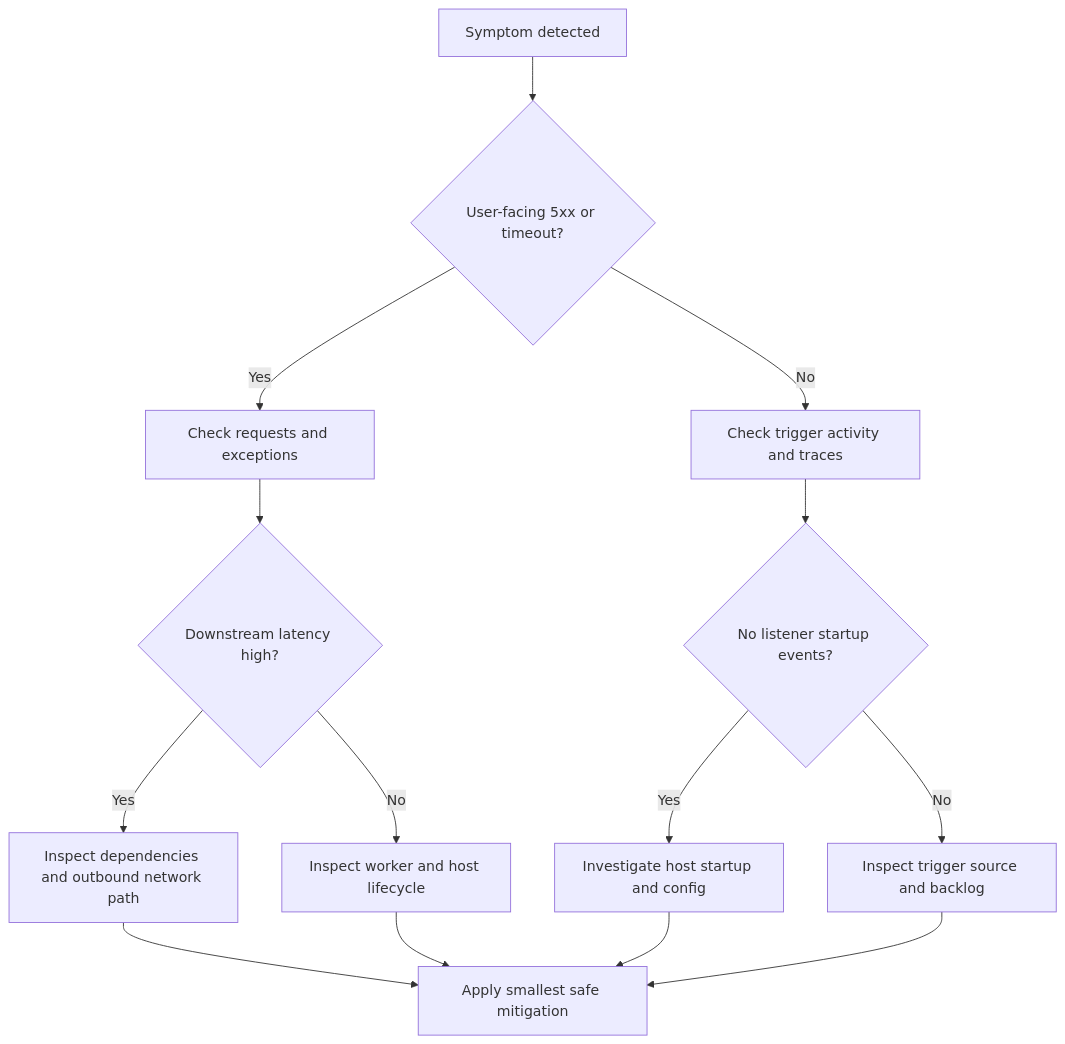
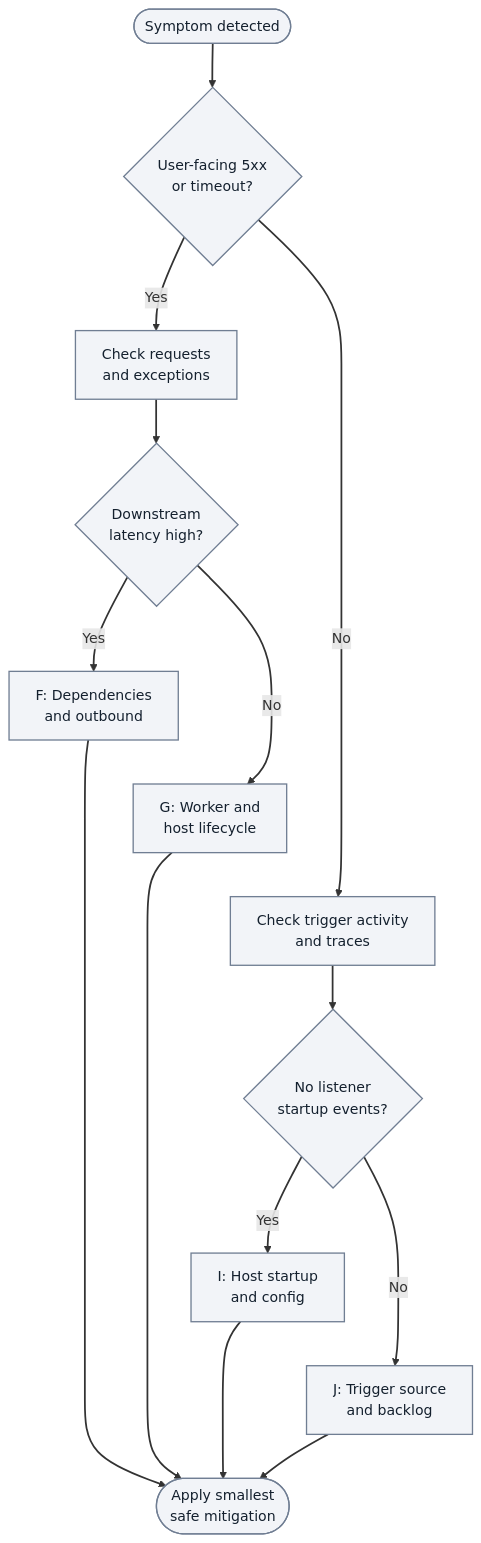
Before and after one commit to yeongseon/azure-functions-practical-guide: the sixth of 6 diagrams in docs/troubleshooting/request-flow-for-incident-response.md, drawn with Mermaid. The commit also changed other lines of this file and 1 other file, not shown here.

First line of the commit message:
docs(diagrams): improve incident-response flows and record storage-map blocker (#457)

````diff
--- a/docs/troubleshooting/request-flow-for-incident-response.md
+++ b/docs/troubleshooting/request-flow-for-incident-response.md
@@ -321,16 +383,26 @@
 ```mermaid
 flowchart TD
-    A[Symptom detected] --> B{User-facing 5xx or timeout?}
-    B -->|Yes| C[Check requests and exceptions]
-    B -->|No| D[Check trigger activity and traces]
-    C --> E{Downstream latency high?}
-    E -->|Yes| F[Inspect dependencies and outbound network path]
-    E -->|No| G[Inspect worker and host lifecycle]
-    D --> H{No listener startup events?}
-    H -->|Yes| I[Investigate host startup and config]
-    H -->|No| J[Inspect trigger source and backlog]
-    F --> K[Apply smallest safe mitigation]
+    accTitle: Incident evidence routing decisions
+    accDescr: Illustrative routing through three Yes or No checks. User-facing failures route to requests and exceptions, other symptoms to trigger activity and traces; all four investigation outcomes converge on the smallest safe mitigation.
+    A(["Symptom detected"]) --> B{"User-facing 5xx<br/>or timeout?"}
+    B -->|Yes| C["Check requests<br/>and exceptions"]
+    B -->|No| D["Check trigger activity<br/>and traces"]
+    C --> E{"Downstream<br/>latency high?"}
+    E -->|Yes| F["F: Dependencies<br/>and outbound"]
+    E -->|No| G["G: Worker and<br/>host lifecycle"]
+    D --> H{"No listener<br/>startup events?"}
+    H -->|Yes| I["I: Host startup<br/>and config"]
+    H -->|No| J["J: Trigger source<br/>and backlog"]
+    F --> K(["Apply smallest<br/>safe mitigation"])
     G --> K
     I --> K
     J --> K
+    %% Layout-only links serialize branches; they add no diagnostic steps or arrows.
+    F ~~~ G
+    G ~~~ D
+    J ~~~ K
+    I ~~~ J
+    classDef neutral fill:#f2f4f8,stroke:#707e93,stroke-width:1.5px,color:#14202e;
+    class A,B,C,D,E,F,G,H,I,J,K neutral;
+    linkStyle default stroke-width:2px;
 ```
````
